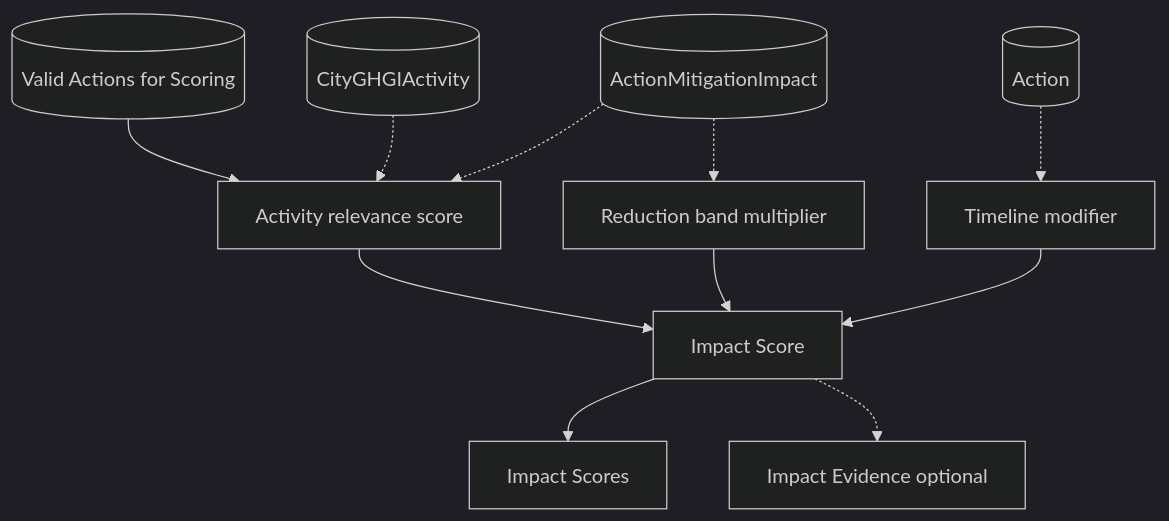
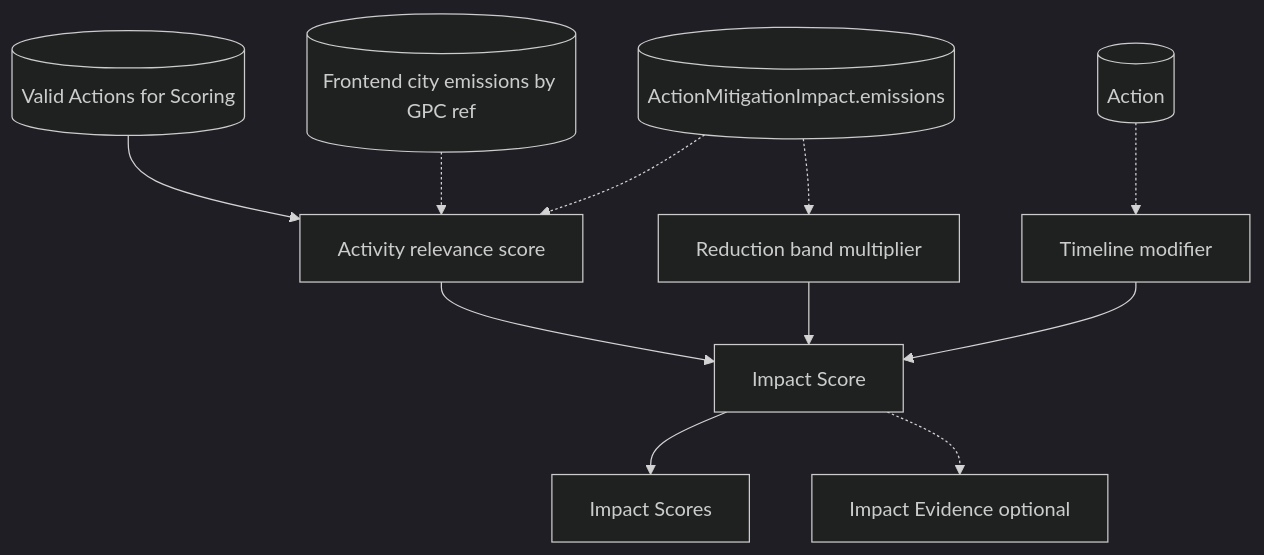
One commit to Open-Earth-Foundation/CityCatalyst changed the second of 5 diagrams in hiap-meed/docs/detailed-block-architecture.md. Above: the diagram before and after it, drawn with Mermaid (dark theme). The commit also changed other lines of this file and 18 other files, not shown here.

Commit message:
chore: implement city-specific Impact scoring from frontend emissions

````diff
--- a/hiap-meed/docs/detailed-block-architecture.md
+++ b/hiap-meed/docs/detailed-block-architecture.md
@@ -108,29 +111,29 @@
 ```mermaid
 graph TD
   Valid[(Valid Actions for Scoring)]
-  GHGI[(CityGHGIActivity)]
-  MitMap[(ActionMitigationImpact)]
+  CityReq[(Frontend city emissions by GPC ref)]
+  MitMap[(ActionMitigationImpact.emissions)]
   ActionTbl[(Action)]
 
   Rel[Activity relevance score]
   Band[Reduction band multiplier]
   Time[Timeline modifier]
 
   Combine[Impact Score]
   ImpactOut[Impact Scores]
   ImpactExplain[Impact Evidence optional]
 
   Valid --> Rel
-  GHGI -.-> Rel
+  CityReq -.-> Rel
   MitMap -.-> Rel
 
   MitMap -.-> Band
   ActionTbl -.-> Time
 
   Rel --> Combine
   Band --> Combine
   Time --> Combine
 
   Combine --> ImpactOut
   Combine -.-> ImpactExplain
 ```
````
